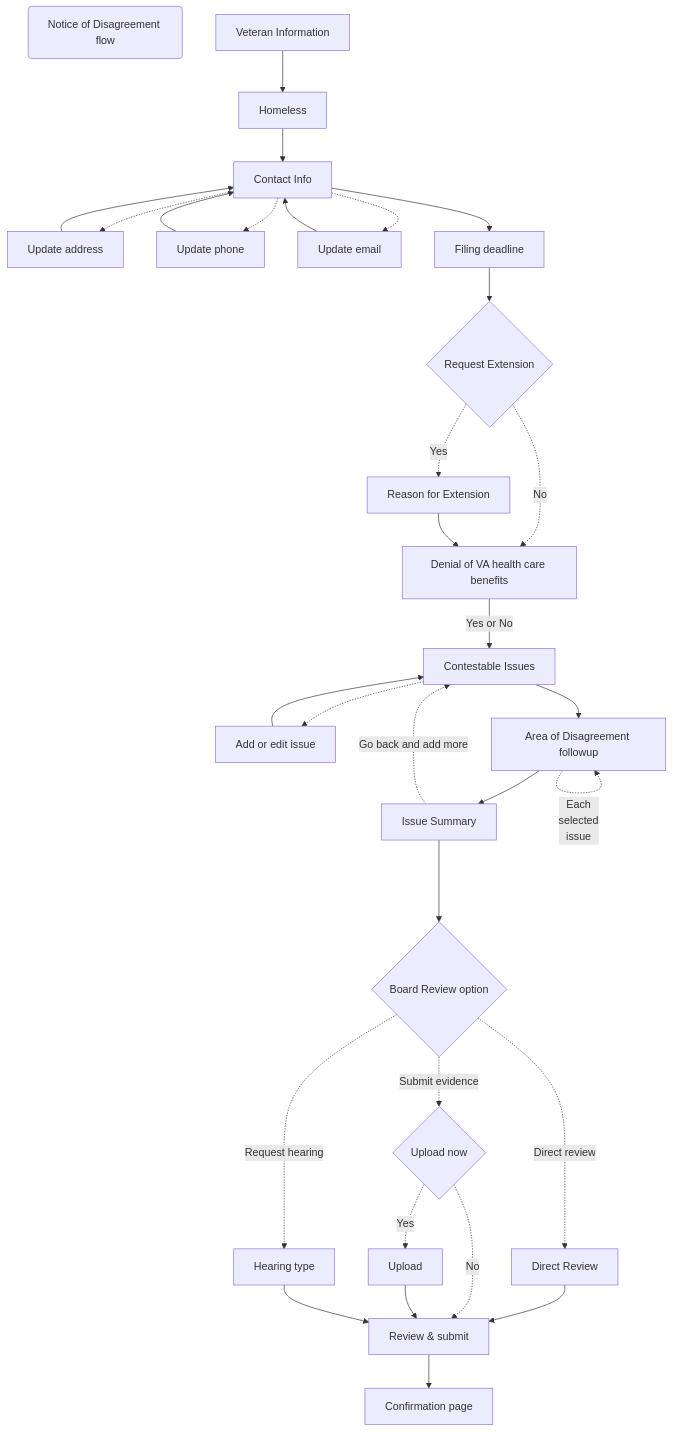
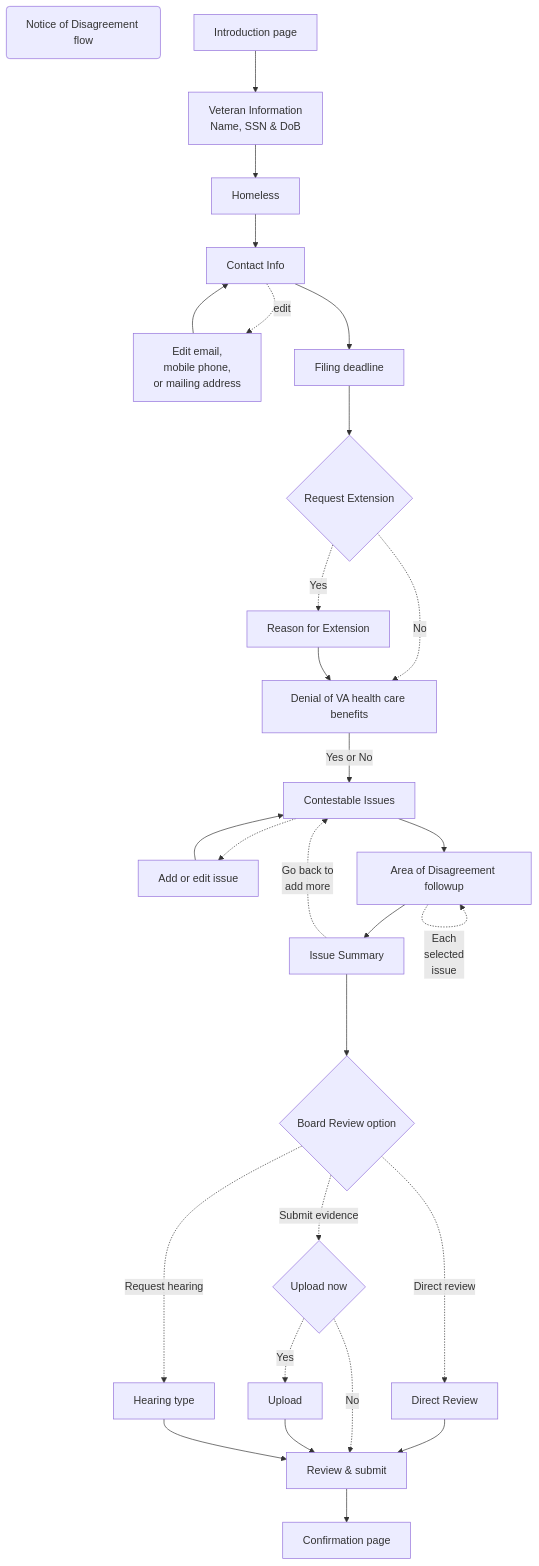
One commit to department-of-veterans-affairs/va.gov-team changed the diagram in products/decision-reviews/Notice-of-Disagreement/NOD_flow.md. Above: the diagram before and after it, drawn with Mermaid. The commit also changed other lines of this file and 6 other files, not shown here.

````diff
--- a/products/decision-reviews/Notice-of-Disagreement/NOD_flow.md
+++ b/products/decision-reviews/Notice-of-Disagreement/NOD_flow.md
@@ -1,32 +1,32 @@
 ```mermaid
 flowchart TB
     Title(Notice of Disagreement flow)
 
-    A[Veteran Information] --> homeless[Homeless]
+    Intro[Introduction page] --> VetInfo
+    VetInfo[Veteran Information<br>Name, SSN & DoB] --> homeless[Homeless]
     homeless --> ContactInfo[Contact Info]
 
-    ContactInfo -.-> UpdateAddress[Update address] --> ContactInfo
-    ContactInfo -.-> UpdatePhone[Update phone] --> ContactInfo
-    ContactInfo -.-> UpdateEmail[Update email] --> ContactInfo
+    ContactInfo -. edit .-> EditContactInfo
+    EditContactInfo[Edit email,<br>mobile phone,<br>or mailing address] --> ContactInfo
 
     ContactInfo --> Deadlines[Filing deadline]
     Deadlines --> RequestExtension{Request Extension}
 
     RequestExtension -. No .-> DenialVAHC[Denial of VA health care benefits]
     RequestExtension -. Yes .-> ReasonForExtension[Reason for Extension]
     ReasonForExtension --> DenialVAHC
     DenialVAHC -- Yes or No --> ContestableIssues[Contestable Issues]
 
     ContestableIssues -.-> AddIssue[Add or edit issue] --> ContestableIssues
 
     ContestableIssues --> AreaOfDisagreement[Area of Disagreement followup]
-    AreaOfDisagreement -. Each \n selected \n issue .-> AreaOfDisagreement
-    AreaOfDisagreement --> IssueSummary[Issue Summary] -. Go back and add more .-> ContestableIssues
+    AreaOfDisagreement -. Each <br> selected <br> issue .-> AreaOfDisagreement
+    AreaOfDisagreement --> IssueSummary[Issue Summary] -. Go back to <br> add more .-> ContestableIssues
     IssueSummary --> BoardReviewOption{Board Review option}
     BoardReviewOption -. Direct review .-> DirectReview[Direct Review] --> ReviewAndSubmit[Review & submit]
     BoardReviewOption -. Submit evidence .-> UploadNow{Upload now}
     UploadNow -. No .-> ReviewAndSubmit
     UploadNow -. Yes .-> Upload[Upload] --> ReviewAndSubmit
     BoardReviewOption -. Request hearing .-> HearingType[Hearing type] --> ReviewAndSubmit
     ReviewAndSubmit --> Confirmation[Confirmation page]
 ```
````
